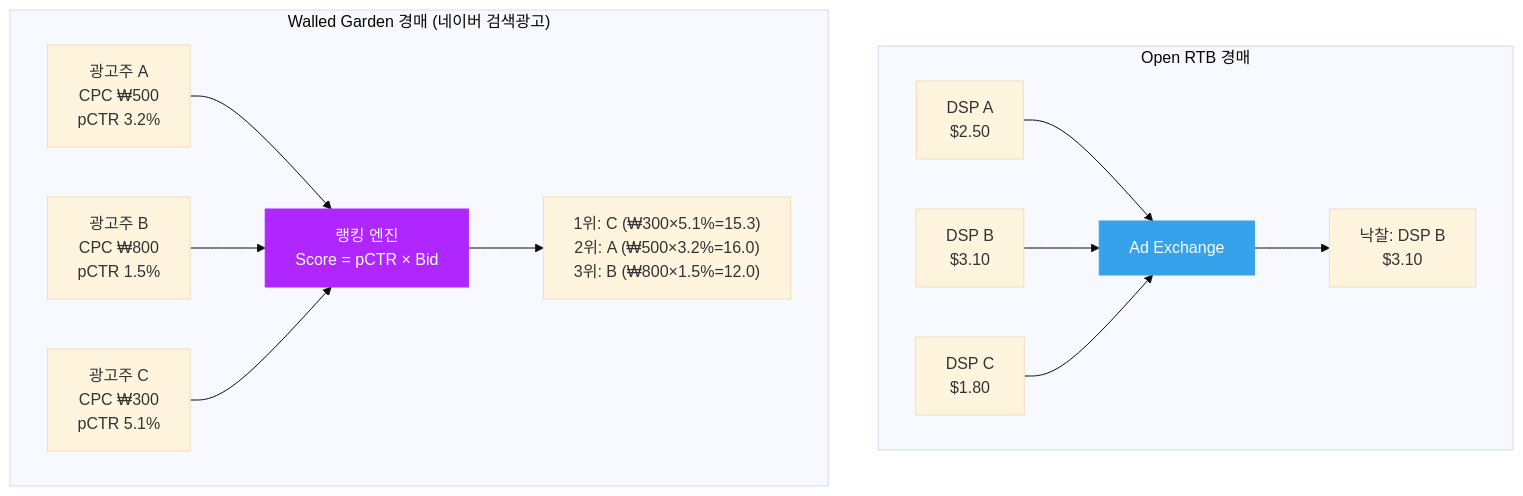
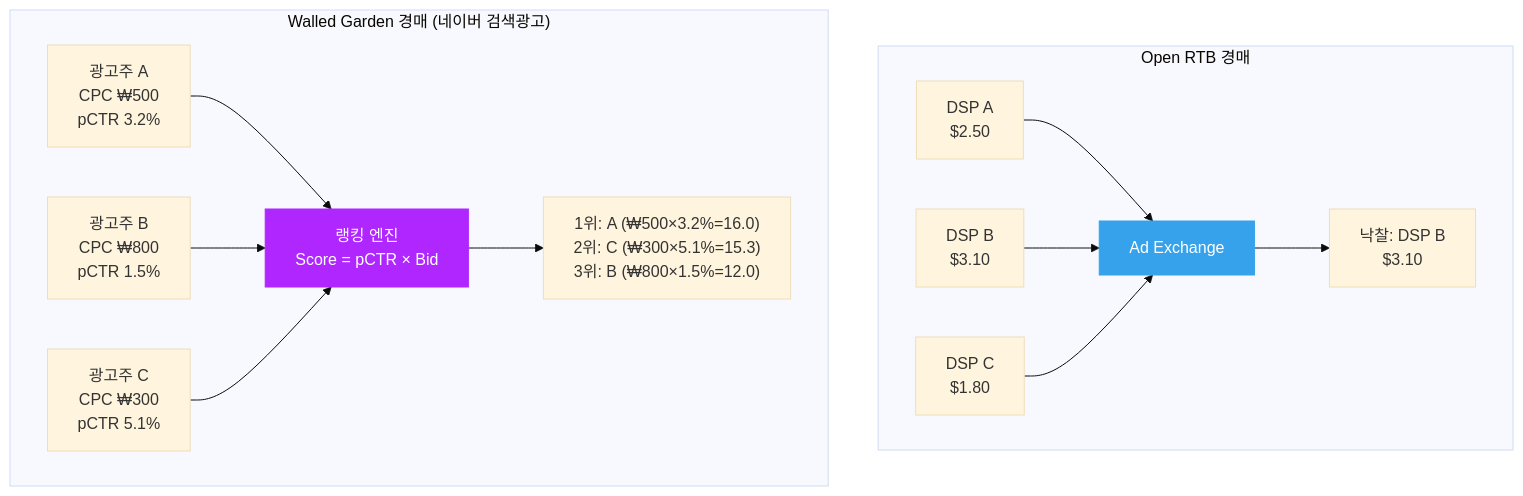
The fourth of 5 diagrams in posts/walled-garden.md (chkimsu/adtech-blog), drawn with Mermaid (base theme) before and after one commit. The commit also changed 6 other files, not shown here.

````diff
--- a/posts/walled-garden.md
+++ b/posts/walled-garden.md
@@ -112,21 +112,21 @@
 ```mermaid
 graph TD
     subgraph OpenAuction["Open RTB 경매"]
         direction LR
         D1["DSP A<br/>$2.50"] --> EX["Ad Exchange"]
         D2["DSP B<br/>$3.10"] --> EX
         D3["DSP C<br/>$1.80"] --> EX
         EX --> W1["낙찰: DSP B<br/>$3.10"]
     end
 
     subgraph WalledAuction["Walled Garden 경매 (네이버 검색광고)"]
         direction LR
         A1["광고주 A<br/>CPC ₩500<br/>pCTR 3.2%"] --> RANK["랭킹 엔진<br/>Score = pCTR × Bid"]
         A2["광고주 B<br/>CPC ₩800<br/>pCTR 1.5%"] --> RANK
         A3["광고주 C<br/>CPC ₩300<br/>pCTR 5.1%"] --> RANK
-        RANK --> W2["1위: C (₩300×5.1%=15.3)<br/>2위: A (₩500×3.2%=16.0)<br/>3위: B (₩800×1.5%=12.0)"]
+        RANK --> W2["1위: A (₩500×3.2%=16.0)<br/>2위: C (₩300×5.1%=15.3)<br/>3위: B (₩800×1.5%=12.0)"]
     end
 
     style EX fill:#36a2eb,stroke:#36a2eb,color:#fff
     style RANK fill:#b026ff,stroke:#b026ff,color:#fff
 ```
````
